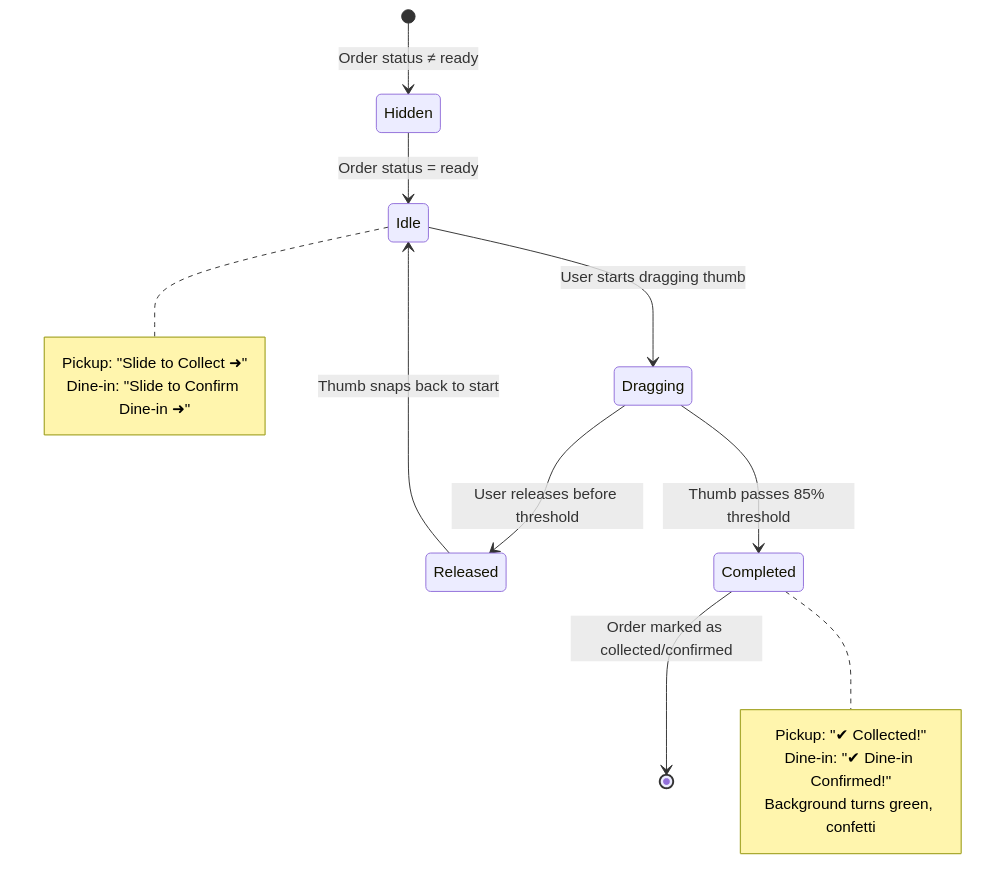
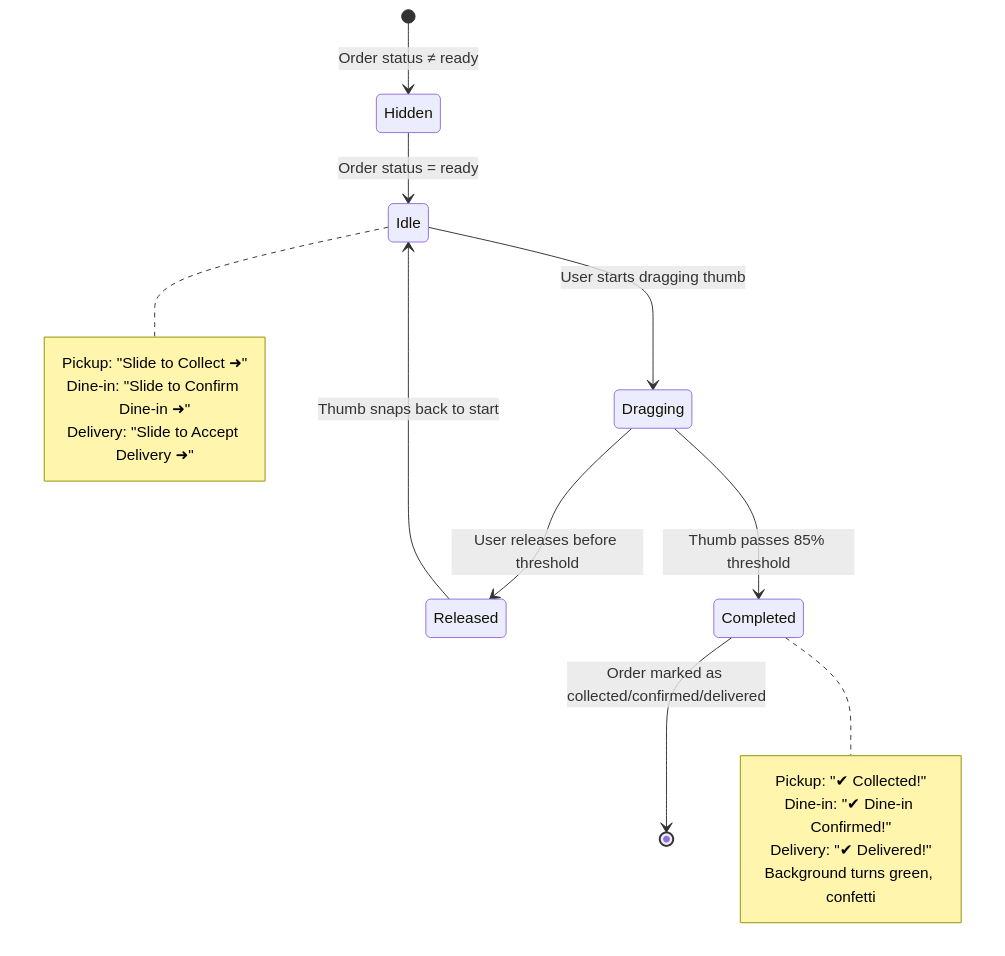
The fifth of 8 diagrams in campus_food_ordering_system/docs/customer_app_system_design.md (csanni/frescos-app), drawn with Mermaid before and after one commit. The commit also changed other lines of this file and 21 other files, not shown here.

````diff
--- a/campus_food_ordering_system/docs/customer_app_system_design.md
+++ b/campus_food_ordering_system/docs/customer_app_system_design.md
@@ -183,20 +191,22 @@
 ```mermaid
 stateDiagram-v2
     [*] --> Hidden : Order status ≠ ready
     Hidden --> Idle : Order status = ready
     Idle --> Dragging : User starts dragging thumb
     Dragging --> Released : User releases before threshold
     Released --> Idle : Thumb snaps back to start
     Dragging --> Completed : Thumb passes 85% threshold
-    Completed --> [*] : Order marked as collected/confirmed
+    Completed --> [*] : Order marked as collected/confirmed/delivered
 
     note right of Idle
         Pickup: "Slide to Collect ➜"
         Dine-in: "Slide to Confirm Dine-in ➜"
+        Delivery: "Slide to Accept Delivery ➜"
     end note
     note right of Completed
         Pickup: "✔ Collected!"
         Dine-in: "✔ Dine-in Confirmed!"
+        Delivery: "✔ Delivered!"
         Background turns green, confetti
     end note
 ```
````
